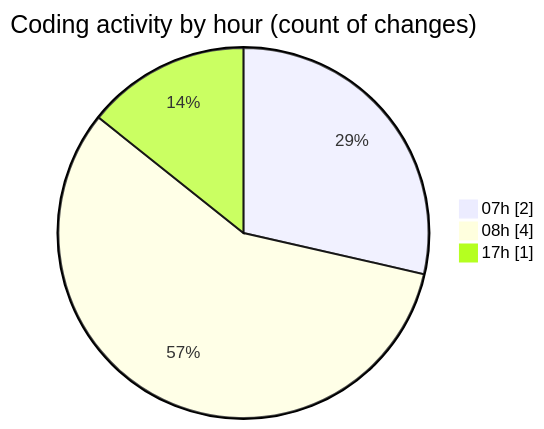
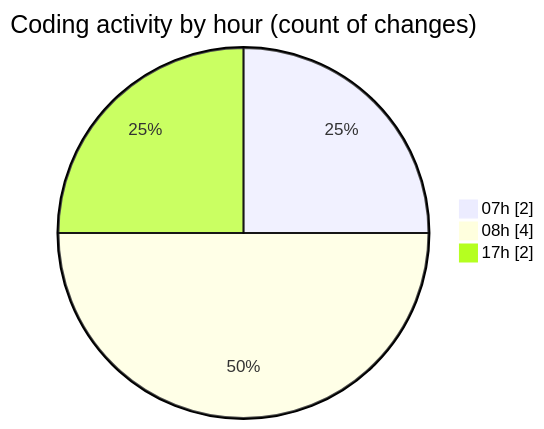
One commit to robertbonfada/code-tracking changed the second of 2 diagrams in 2025-02-19/mbc-web/README.md. Above: the diagram before and after it, drawn with Mermaid. The commit also changed other lines of this file and 1 other file, not shown here.

````diff
--- a/2025-02-19/mbc-web/README.md
+++ b/2025-02-19/mbc-web/README.md
@@ -31,7 +33,7 @@
 ```mermaid
 pie showData
 title Coding activity by hour (count of changes)
 "07h" : 2
 "08h" : 4
-"17h" : 1
+"17h" : 2
 ```
````
